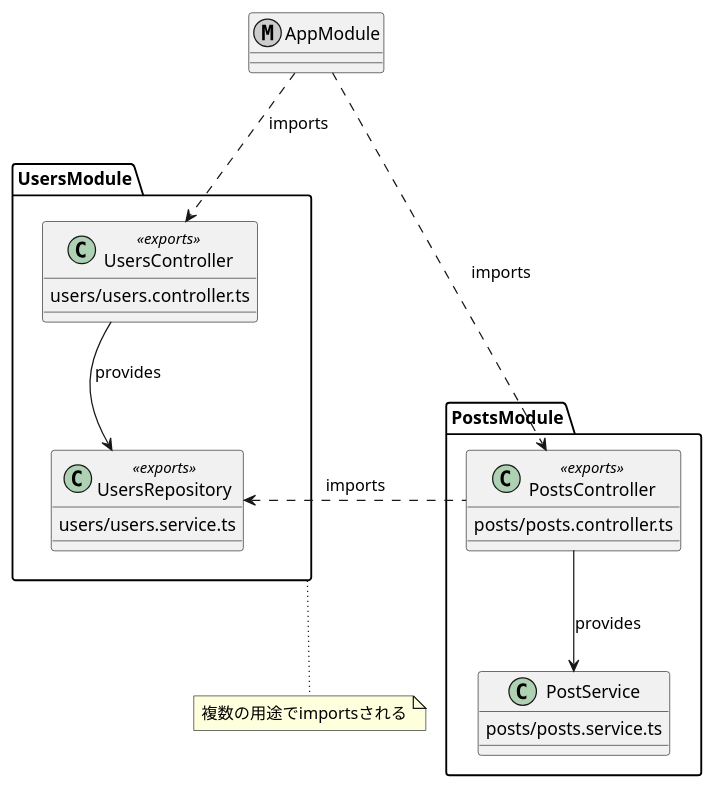
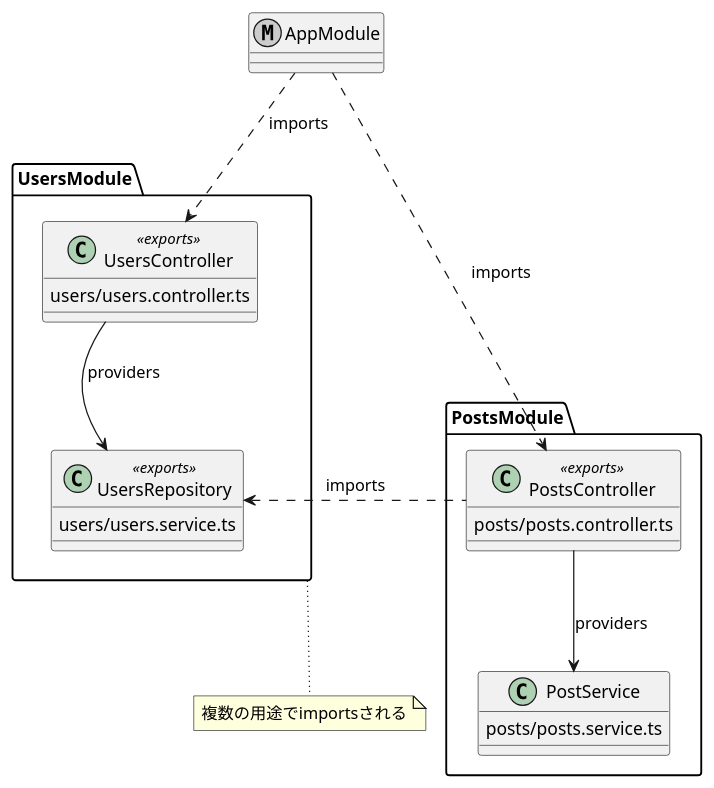
The third of 7 diagrams in source/_posts/2024-05-09-nestjs-module-system-best-plactice.md (KentarouTakeda/blog), drawn with PlantUML before and after one commit. The commit also changed other lines of this file, not shown here.

Commit message:
`provides` を `providers` に指定し前後の表現を調整

````diff
--- a/source/_posts/2024-05-09-nestjs-module-system-best-plactice.md
+++ b/source/_posts/2024-05-09-nestjs-module-system-best-plactice.md
@@ -137,34 +137,34 @@
 ```plantuml
 metaclass AppModule {}
 
 package UsersModule {
   class UsersController <<exports>> {
     users/users.controller.ts
   }
   class UsersRepository <<exports>> {
     users/users.service.ts
   }
 
-  UsersController -d-> UsersRepository : provides
+  UsersController -d-> UsersRepository : providers
 }
 note as N
   複数の用途でimportsされる
 end note
 N -u[dotted]-- UsersModule
 
 package PostsModule {
   class PostsController <<exports>> {
     posts/posts.controller.ts
   }
   class PostService {
     posts/posts.service.ts
   }
 
-  PostsController -d-> PostService : provides
+  PostsController -d-> PostService : providers
 }
 
 PostsController .l.> UsersRepository : imports
 
 AppModule .d.> UsersController : imports
 AppModule .d.> PostsController : imports
 ```
````
